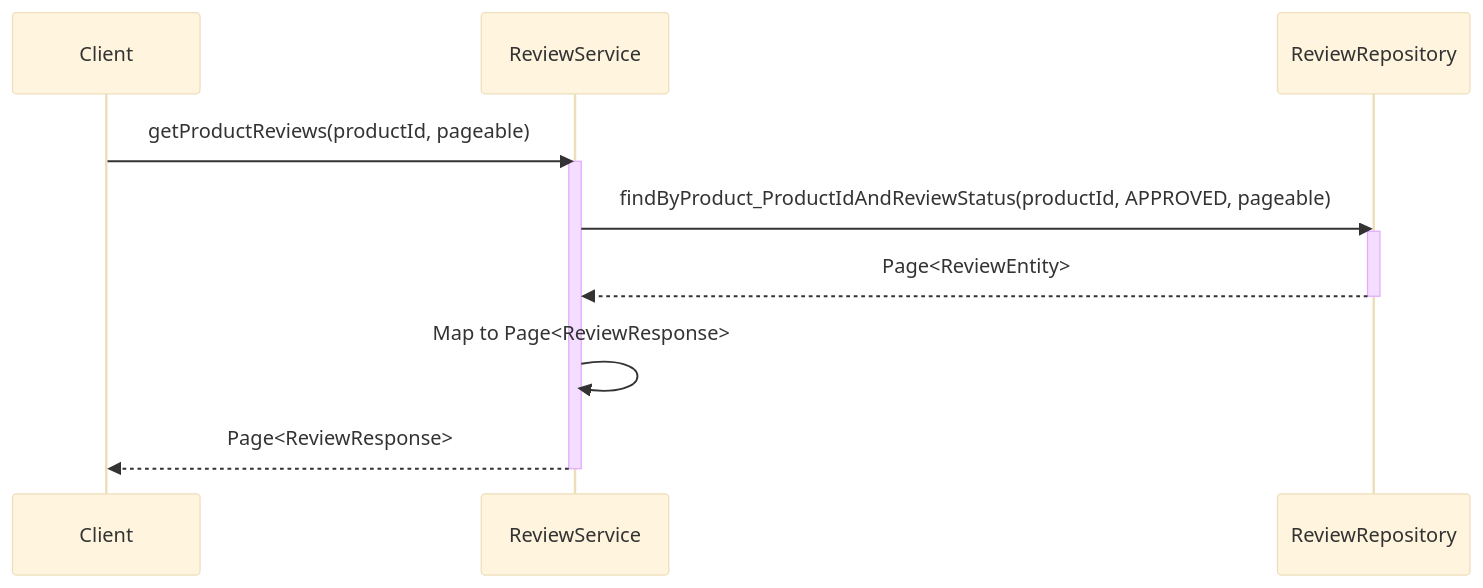
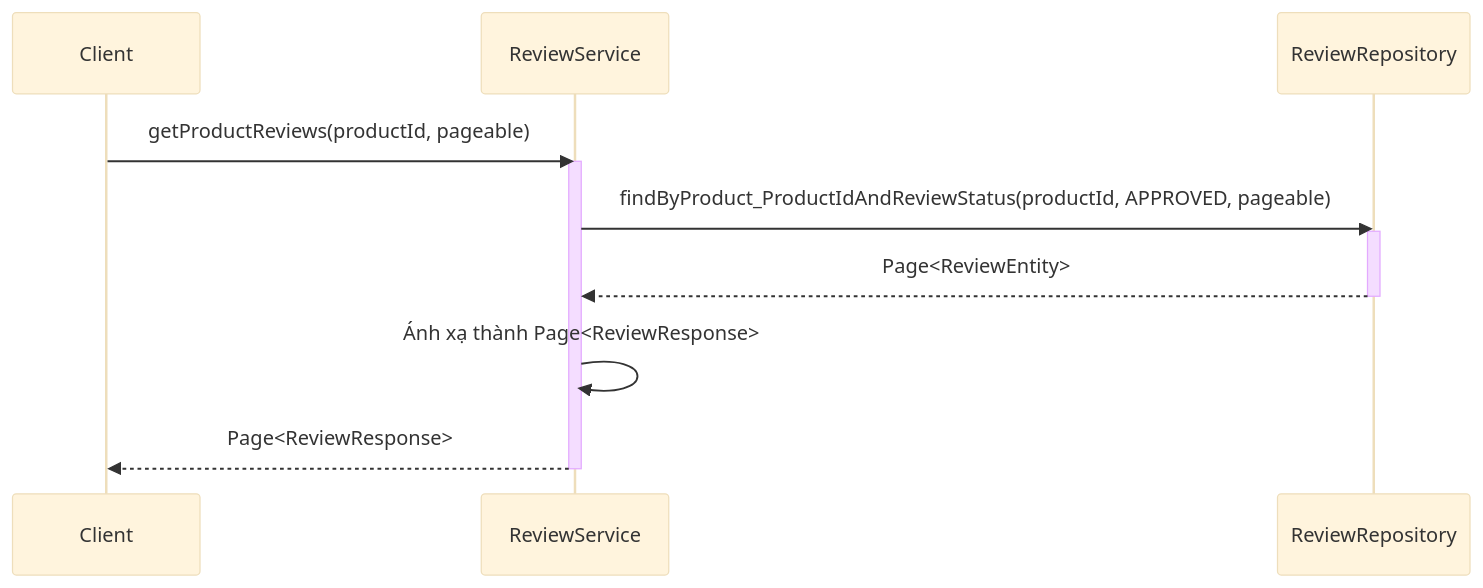
The second of 6 diagrams in .agent/sequence/review_service_sequence_diagrams.md (aquoc09/easymall), drawn with Mermaid (base theme) before and after one commit. The commit also changed other lines of this file and 18 other files, not shown here.

Commit message:
UPDATE: Sequence diagram vietnamese

````diff
--- a/.agent/sequence/review_service_sequence_diagrams.md
+++ b/.agent/sequence/review_service_sequence_diagrams.md
@@ -74,19 +74,19 @@
 ```mermaid
 sequenceDiagram
     participant Client
     participant ReviewService
     participant ReviewRepository
 
     Client->>ReviewService: getProductReviews(productId, pageable)
     activate ReviewService
 
     ReviewService->>ReviewRepository: findByProduct_ProductIdAndReviewStatus(productId, APPROVED, pageable)
     activate ReviewRepository
     ReviewRepository-->>ReviewService: Page<ReviewEntity>
     deactivate ReviewRepository
 
-    ReviewService->>ReviewService: Map to Page<ReviewResponse>
+    ReviewService->>ReviewService: Ánh xạ thành Page<ReviewResponse>
     
     ReviewService-->>Client: Page<ReviewResponse>
     deactivate ReviewService
 ```
````
